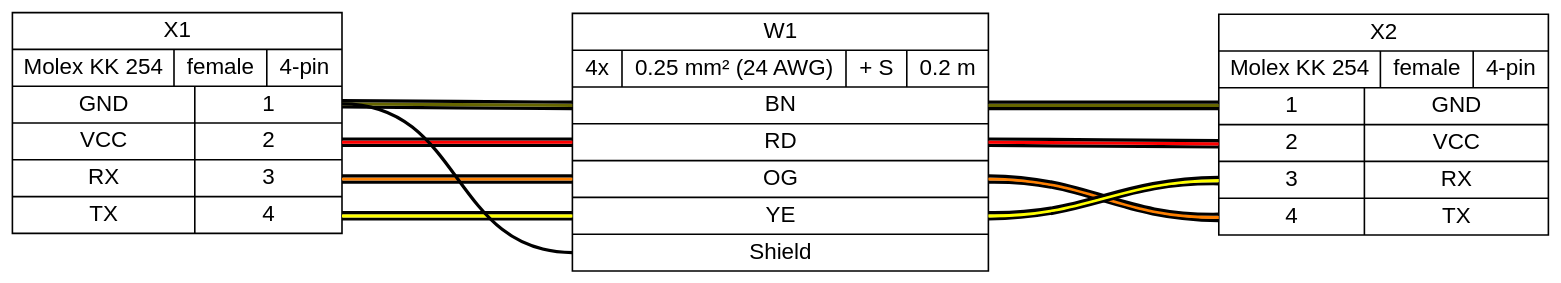
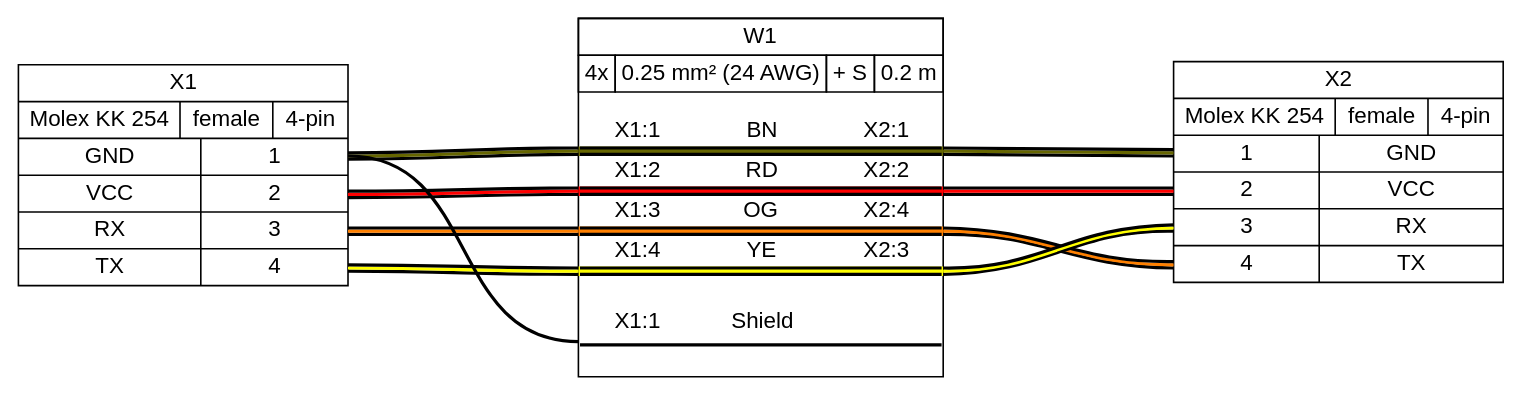
Before and after one commit to wireviz/WireViz: the diagram in examples/ex01.gv, drawn with Graphviz. The commit also changed 25 other files, not shown here.

```diff
--- a/examples/ex01.gv
+++ b/examples/ex01.gv
@@ -1,24 +1,24 @@
 graph {
 // Graph generated by WireViz
 // https://github.com/formatc1702/WireViz
-	graph [bgcolor=transparent fontname=arial nodesep=0.33 rankdir=LR ranksep=2]
+	graph [bgcolor=white fontname=arial nodesep=0.33 rankdir=LR ranksep=2]
 	node [fillcolor=white fontname=arial shape=record style=filled]
 	edge [fontname=arial style=bold]
 	X1 [label="X1|{Molex KK 254|female|4-pin}|{{GND|VCC|RX|TX}|{<p1r>1|<p2r>2|<p3r>3|<p4r>4}}"]
 	X2 [label="X2|{Molex KK 254|female|4-pin}|{{<p1l>1|<p2l>2|<p3l>3|<p4l>4}|{GND|VCC|RX|TX}}"]
-	W1 [label="W1|{4x|0.25 mm² (24 AWG)|+ S|0.2 m}|{{<w1>BN|<w2>RD|<w3>OG|<w4>YE|<ws>Shield}}"]
 	edge [color="#000000:#666600:#000000"]
-	X1:p1r -- W1:w1
-	W1:w1 -- X2:p1l
+	X1:p1r:e -- W1:w1:w
+	W1:w1:e -- X2:p1l:w
 	edge [color="#000000:#ff0000:#000000"]
-	X1:p2r -- W1:w2
-	W1:w2 -- X2:p2l
+	X1:p2r:e -- W1:w2:w
+	W1:w2:e -- X2:p2l:w
 	edge [color="#000000:#ff8000:#000000"]
-	X1:p3r -- W1:w3
-	W1:w3 -- X2:p4l
+	X1:p3r:e -- W1:w3:w
+	W1:w3:e -- X2:p4l:w
 	edge [color="#000000:#ffff00:#000000"]
-	X1:p4r -- W1:w4
-	W1:w4 -- X2:p3l
+	X1:p4r:e -- W1:w4:w
+	W1:w4:e -- X2:p3l:w
 	edge [color="#000000"]
-	X1:p1r -- W1:ws
+	X1:p1r:e -- W1:ws:w
+	W1 [label=<<table border="0" cellspacing="0" cellpadding="0"><tr><td><table border="0" cellspacing="0" cellpadding="3" cellborder="1"><tr><td colspan="4">W1</td></tr><tr><td>4x</td><td>0.25 mm² (24 AWG)</td><td>+ S</td><td>0.2 m</td></tr></table></td></tr><tr><td>&nbsp;</td></tr><tr><td><table border="0" cellspacing="0" cellborder="0"><tr><td>X1:1</td><td>BN</td><td>X2:1</td></tr><tr><td colspan="3" cellpadding="0" height="6" bgcolor="#666600" border="2" sides="tb" port="w1"></td></tr><tr><td>X1:2</td><td>RD</td><td>X2:2</td></tr><tr><td colspan="3" cellpadding="0" height="6" bgcolor="#ff0000" border="2" sides="tb" port="w2"></td></tr><tr><td>X1:3</td><td>OG</td><td>X2:4</td></tr><tr><td colspan="3" cellpadding="0" height="6" bgcolor="#ff8000" border="2" sides="tb" port="w3"></td></tr><tr><td>X1:4</td><td>YE</td><td>X2:3</td></tr><tr><td colspan="3" cellpadding="0" height="6" bgcolor="#ffff00" border="2" sides="tb" port="w4"></td></tr><tr><td>&nbsp;</td></tr><tr><td>X1:1</td><td>Shield</td><td><!-- s_out --></td></tr><tr><td colspan="3" cellpadding="0" height="6" border="2" sides="b" port="ws"></td></tr><tr><td>&nbsp;</td></tr></table></td></tr></table>> fillcolor=white margin=0 shape=box style=""]
 }
```
